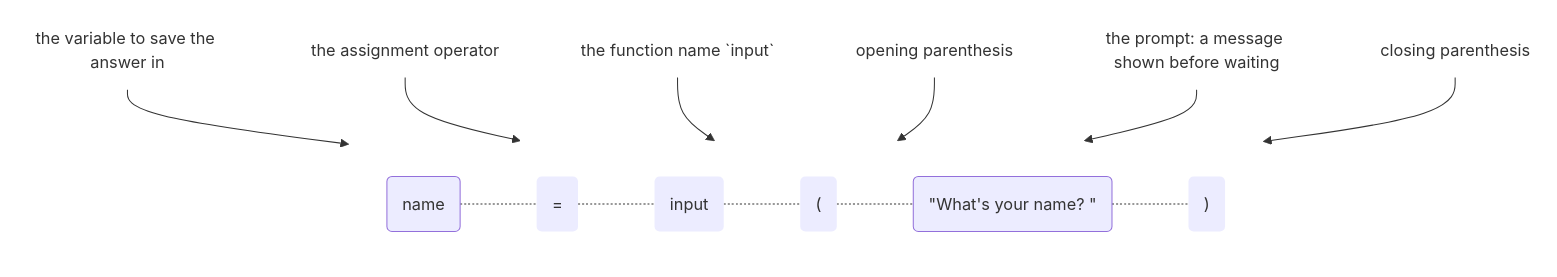
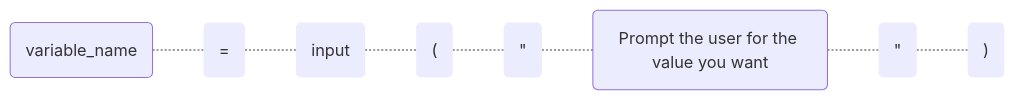
Before and after one commit to luka-sherman/python-field-guide: the fifth of 5 diagrams in docs/foundations.md, drawn with Mermaid. The commit also changed other lines of this file, not shown here.

Commit message:
bug fix mermaid format

````diff
--- a/docs/foundations.md
+++ b/docs/foundations.md
@@ -418,39 +371,7 @@
 ```mermaid
-flowchart TB
-
-subgraph code[" "]
-direction LR
-
-n("name")
-eq("=")
-i("input")
-o("(")
-s("&quot;What's your name? &quot;")
-c(")")
-
-n -.- eq -.- i -.- o -.- s -.- c
-
-end
-
-nl("the variable to save the answer in")
-eql("the assignment operator")
-il("the function name `input`")
-pa("opening parenthesis")
-sl("the prompt: a message shown before waiting")
-pc("closing parenthesis")
-
-nl --> n
-eql --> eq
-il --> i
-pa --> o
-sl --> s
-pc --> c
-
-classDef plain fill:none,stroke:none
-class nl,eql,il,pa,sl,pc plain
+flowchart LR
+n("variable_name") -.- eq("=") -.- i("input") -.- o("(") -.- q1("&quot;") -.- s("Prompt the user for the value you want") -.- q2("&quot;") -.- c(")")
 
 classDef punct stroke:none
-class eq,i,o,c punct
-
-style code fill:none,stroke:none
+class eq,i,o,c,q1,q2 punct
 ```
````
